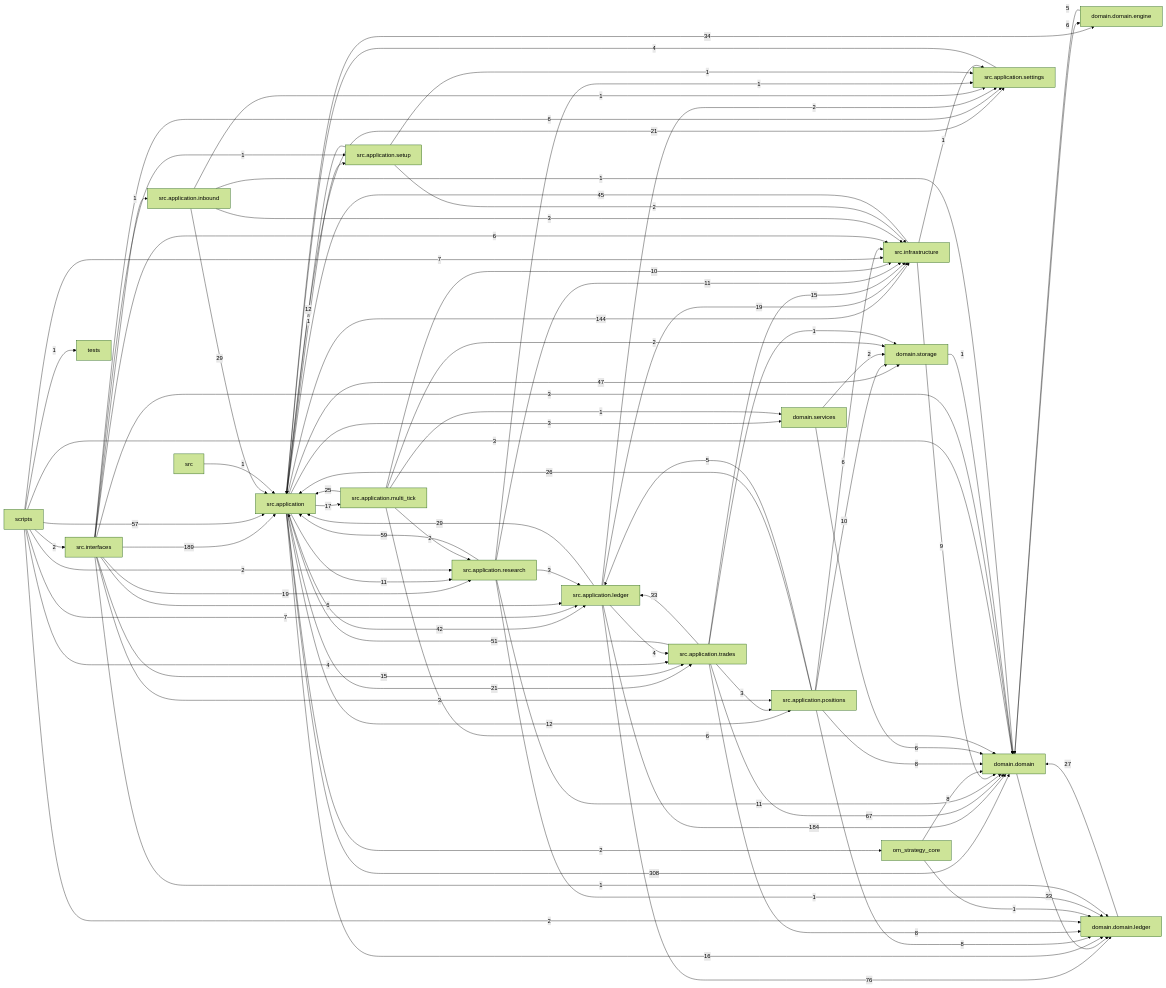
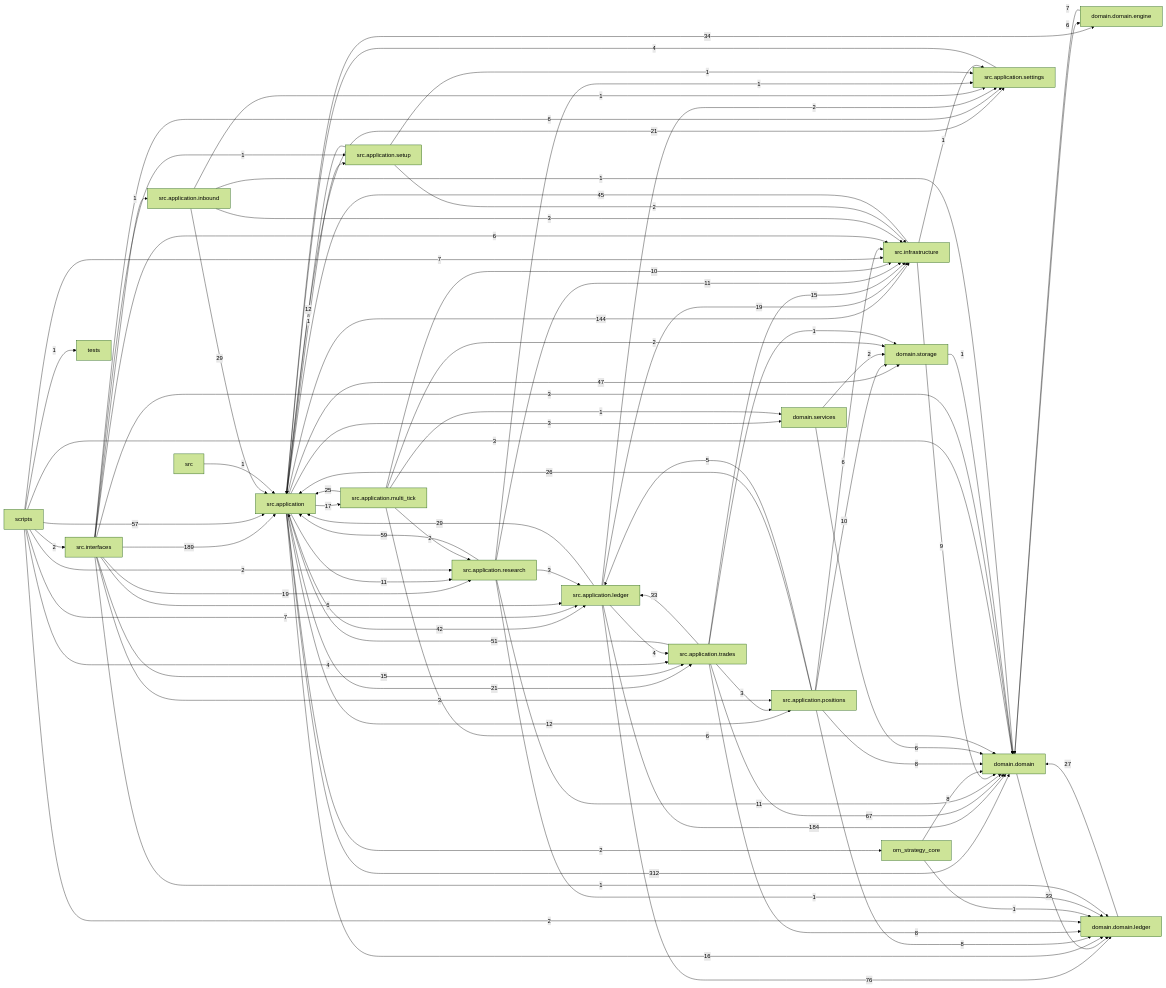
Before and after one commit to liuxie066/options-monitor: the diagram in docs/dependency_graph.mmd, drawn with Mermaid (forest theme). The commit also changed 16 other files, not shown here.

```diff
--- a/docs/dependency_graph.mmd
+++ b/docs/dependency_graph.mmd
@@ -1,87 +1,87 @@
 flowchart LR
-  src_application["src.application"] -->|308| domain_domain["domain.domain"]
+  src_application["src.application"] -->|312| domain_domain["domain.domain"]
   src_interfaces["src.interfaces"] -->|189| src_application["src.application"]
   src_application_ledger["src.application.ledger"] -->|184| domain_domain["domain.domain"]
   src_application["src.application"] -->|144| src_infrastructure["src.infrastructure"]
   src_application_ledger["src.application.ledger"] -->|76| domain_domain_ledger["domain.domain.ledger"]
   src_application_trades["src.application.trades"] -->|67| domain_domain["domain.domain"]
   src_application_research["src.application.research"] -->|59| src_application["src.application"]
   scripts["scripts"] -->|57| src_application["src.application"]
   src_application_trades["src.application.trades"] -->|51| src_application["src.application"]
   src_application["src.application"] -->|47| domain_storage["domain.storage"]
   src_infrastructure["src.infrastructure"] -->|45| src_application["src.application"]
   src_application["src.application"] -->|42| src_application_ledger["src.application.ledger"]
   src_application["src.application"] -->|34| domain_domain_engine["domain.domain.engine"]
   domain_domain["domain.domain"] -->|33| domain_domain_ledger["domain.domain.ledger"]
   src_application_trades["src.application.trades"] -->|33| src_application_ledger["src.application.ledger"]
   src_application_inbound["src.application.inbound"] -->|29| src_application["src.application"]
   src_application_ledger["src.application.ledger"] -->|29| src_application["src.application"]
   domain_domain_ledger["domain.domain.ledger"] -->|27| domain_domain["domain.domain"]
   src_application_positions["src.application.positions"] -->|26| src_application["src.application"]
   src_application_multi_tick["src.application.multi_tick"] -->|25| src_application["src.application"]
   src_application["src.application"] -->|21| src_application_settings["src.application.settings"]
   src_application["src.application"] -->|21| src_application_trades["src.application.trades"]
   src_application_ledger["src.application.ledger"] -->|19| src_infrastructure["src.infrastructure"]
   src_interfaces["src.interfaces"] -->|19| src_application_research["src.application.research"]
   src_application["src.application"] -->|17| src_application_multi_tick["src.application.multi_tick"]
   src_application["src.application"] -->|16| domain_domain_ledger["domain.domain.ledger"]
   src_application_trades["src.application.trades"] -->|15| src_infrastructure["src.infrastructure"]
   src_interfaces["src.interfaces"] -->|15| src_application_trades["src.application.trades"]
   src_application["src.application"] -->|12| src_application_positions["src.application.positions"]
   src_application_setup["src.application.setup"] -->|12| src_application["src.application"]
   src_application["src.application"] -->|11| src_application_research["src.application.research"]
   src_application_research["src.application.research"] -->|11| domain_domain["domain.domain"]
   src_application_research["src.application.research"] -->|11| src_infrastructure["src.infrastructure"]
   src_application_multi_tick["src.application.multi_tick"] -->|10| src_infrastructure["src.infrastructure"]
   src_application_positions["src.application.positions"] -->|10| domain_storage["domain.storage"]
   src_infrastructure["src.infrastructure"] -->|9| domain_domain["domain.domain"]
   om_strategy_core["om_strategy_core"] -->|8| domain_domain["domain.domain"]
   src_application_positions["src.application.positions"] -->|8| domain_domain["domain.domain"]
   src_application_positions["src.application.positions"] -->|8| domain_domain_ledger["domain.domain.ledger"]
   src_application_trades["src.application.trades"] -->|8| domain_domain_ledger["domain.domain.ledger"]
+  domain_domain_engine["domain.domain.engine"] -->|7| domain_domain["domain.domain"]
   scripts["scripts"] -->|7| src_application_ledger["src.application.ledger"]
   scripts["scripts"] -->|7| src_infrastructure["src.infrastructure"]
   domain_domain["domain.domain"] -->|6| domain_domain_engine["domain.domain.engine"]
   domain_services["domain.services"] -->|6| domain_domain["domain.domain"]
   src_application_multi_tick["src.application.multi_tick"] -->|6| domain_domain["domain.domain"]
   src_application_positions["src.application.positions"] -->|6| src_infrastructure["src.infrastructure"]
   src_interfaces["src.interfaces"] -->|6| src_application_ledger["src.application.ledger"]
   src_interfaces["src.interfaces"] -->|6| src_application_settings["src.application.settings"]
   src_interfaces["src.interfaces"] -->|6| src_infrastructure["src.infrastructure"]
-  domain_domain_engine["domain.domain.engine"] -->|5| domain_domain["domain.domain"]
   src_application_positions["src.application.positions"] -->|5| src_application_ledger["src.application.ledger"]
   scripts["scripts"] -->|4| src_application_trades["src.application.trades"]
   src_application_ledger["src.application.ledger"] -->|4| src_application_trades["src.application.trades"]
   src_application_settings["src.application.settings"] -->|4| src_application["src.application"]
   scripts["scripts"] -->|3| domain_domain["domain.domain"]
   src_application["src.application"] -->|3| domain_services["domain.services"]
   src_application_inbound["src.application.inbound"] -->|3| src_infrastructure["src.infrastructure"]
   src_application_research["src.application.research"] -->|3| src_application_ledger["src.application.ledger"]
   src_application_trades["src.application.trades"] -->|3| src_application_positions["src.application.positions"]
   src_interfaces["src.interfaces"] -->|3| domain_domain["domain.domain"]
   src_interfaces["src.interfaces"] -->|3| src_application_positions["src.application.positions"]
   domain_services["domain.services"] -->|2| domain_storage["domain.storage"]
   scripts["scripts"] -->|2| domain_domain_ledger["domain.domain.ledger"]
   scripts["scripts"] -->|2| src_application_research["src.application.research"]
   scripts["scripts"] -->|2| src_interfaces["src.interfaces"]
   src_application["src.application"] -->|2| om_strategy_core["om_strategy_core"]
   src_application_ledger["src.application.ledger"] -->|2| src_application_settings["src.application.settings"]
   src_application_multi_tick["src.application.multi_tick"] -->|2| domain_storage["domain.storage"]
   src_application_multi_tick["src.application.multi_tick"] -->|2| src_application_research["src.application.research"]
   src_application_setup["src.application.setup"] -->|2| src_infrastructure["src.infrastructure"]
   domain_storage["domain.storage"] -->|1| domain_domain["domain.domain"]
   om_strategy_core["om_strategy_core"] -->|1| domain_domain_ledger["domain.domain.ledger"]
   scripts["scripts"] -->|1| tests["tests"]
   src["src"] -->|1| src_application["src.application"]
   src_application["src.application"] -->|1| src_application_setup["src.application.setup"]
   src_application_inbound["src.application.inbound"] -->|1| domain_domain["domain.domain"]
   src_application_inbound["src.application.inbound"] -->|1| src_application_settings["src.application.settings"]
   src_application_multi_tick["src.application.multi_tick"] -->|1| domain_services["domain.services"]
   src_application_research["src.application.research"] -->|1| domain_domain_ledger["domain.domain.ledger"]
   src_application_research["src.application.research"] -->|1| src_application_settings["src.application.settings"]
   src_application_setup["src.application.setup"] -->|1| src_application_settings["src.application.settings"]
   src_application_trades["src.application.trades"] -->|1| domain_storage["domain.storage"]
   src_infrastructure["src.infrastructure"] -->|1| src_application_settings["src.application.settings"]
   src_interfaces["src.interfaces"] -->|1| domain_domain_ledger["domain.domain.ledger"]
   src_interfaces["src.interfaces"] -->|1| src_application_inbound["src.application.inbound"]
   src_interfaces["src.interfaces"] -->|1| src_application_setup["src.application.setup"]
```
